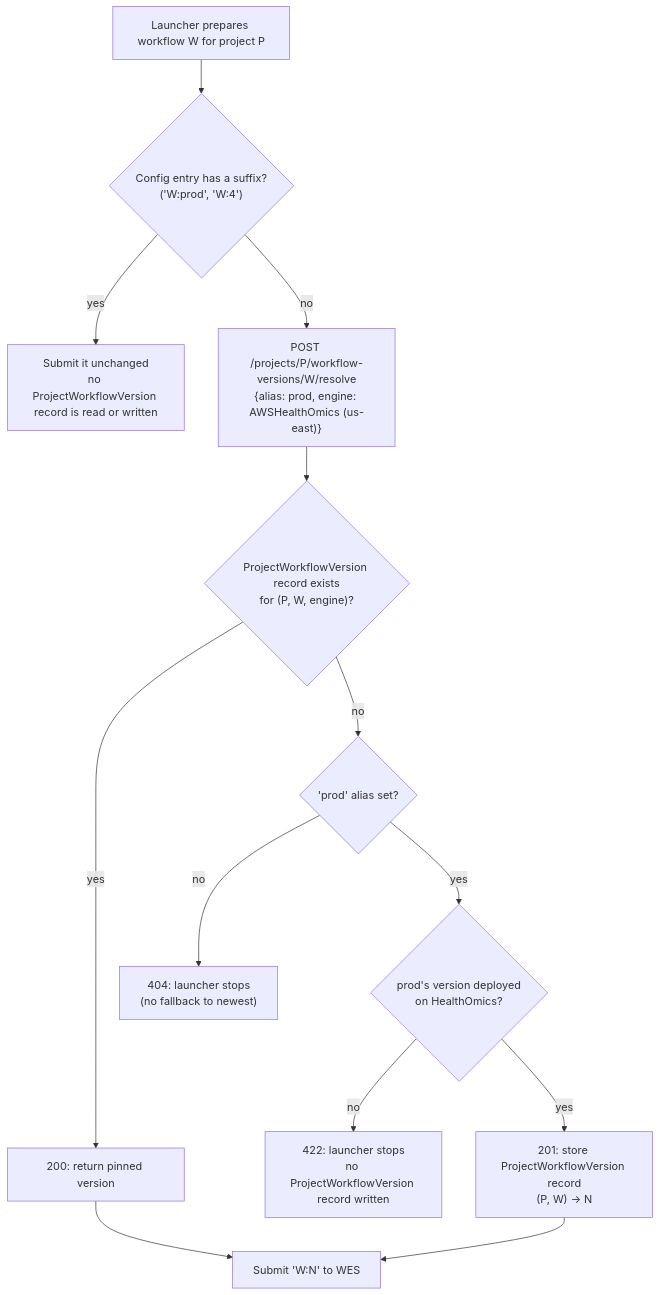
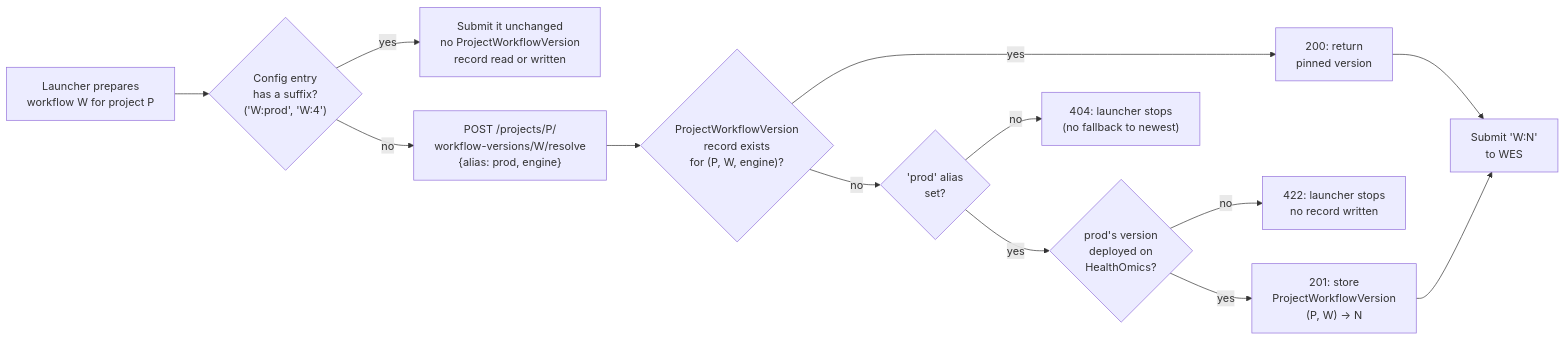
Before and after one commit to NGS360/APIServer: the fourth of 9 diagrams in docs/WORKFLOWS_AND_PIPELINES.md, drawn with Mermaid.

Commit message:
change direction for decision tree

````diff
--- a/docs/WORKFLOWS_AND_PIPELINES.md
+++ b/docs/WORKFLOWS_AND_PIPELINES.md
@@ -126,14 +126,15 @@
 ```mermaid
-flowchart TD
-    START["Launcher prepares workflow W for project P"] --> EXP{"Config entry has a suffix?<br/>('W:prod', 'W:4')"}
-    EXP -- yes --> USE["Submit it unchanged<br/>no ProjectWorkflowVersion record is read or written"]
-    EXP -- no --> CALL["POST /projects/P/workflow-versions/W/resolve<br/>{alias: prod, engine: AWSHealthOmics (us-east)}"]
-    CALL --> HAS{"ProjectWorkflowVersion record exists<br/>for (P, W, engine)?"}
-    HAS -- yes --> OLD["200: return pinned version"]
-    HAS -- no --> PROD{"'prod' alias set?"}
+%%{init: {"flowchart": {"wrappingWidth": 400}}}%%
+flowchart LR
+    START["Launcher prepares<br/>workflow W for project P"] --> EXP{"Config entry<br/>has a suffix?<br/>('W:prod', 'W:4')"}
+    EXP -- yes --> USE["Submit it unchanged<br/>no ProjectWorkflowVersion<br/>record read or written"]
+    EXP -- no --> CALL["POST /projects/P/<br/>workflow-versions/W/resolve<br/>{alias: prod, engine}"]
+    CALL --> HAS{"ProjectWorkflowVersion<br/>record exists<br/>for (P, W, engine)?"}
+    HAS -- yes --> OLD["200: return<br/>pinned version"]
+    HAS -- no --> PROD{"'prod' alias<br/>set?"}
     PROD -- no --> F404["404: launcher stops<br/>(no fallback to newest)"]
-    PROD -- yes --> DEPL{"prod's version deployed<br/>on HealthOmics?"}
-    DEPL -- no --> F422["422: launcher stops<br/>no ProjectWorkflowVersion record written"]
-    DEPL -- yes --> NEW["201: store ProjectWorkflowVersion record<br/>(P, W) → N"]
-    OLD & NEW --> SUB["Submit 'W:N' to WES"]
+    PROD -- yes --> DEPL{"prod's version<br/>deployed on<br/>HealthOmics?"}
+    DEPL -- no --> F422["422: launcher stops<br/>no record written"]
+    DEPL -- yes --> NEW["201: store<br/>ProjectWorkflowVersion<br/>(P, W) → N"]
+    OLD & NEW --> SUB["Submit 'W:N'<br/>to WES"]
 ```
````
